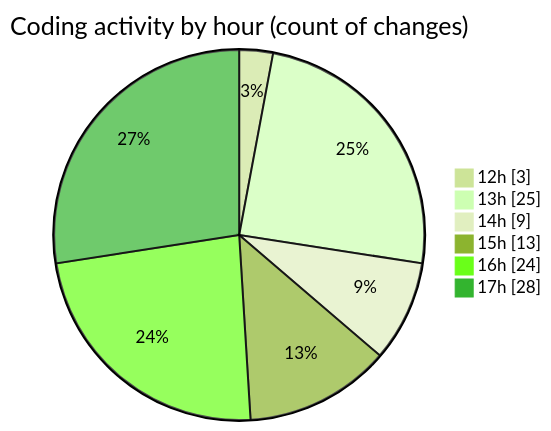
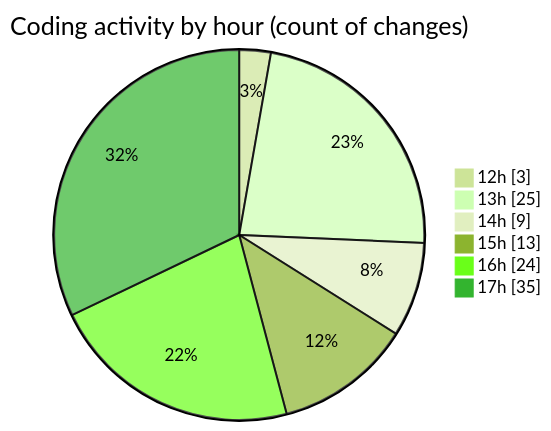
Before and after one commit to nxtqubesakshisongat/code-tracking: the second of 2 diagrams in 2025-09-26/nxtqube_webapp/README.md, drawn with Mermaid (forest theme). The commit also changed other lines of this file and 1 other file, not shown here.

````diff
--- a/2025-09-26/nxtqube_webapp/README.md
+++ b/2025-09-26/nxtqube_webapp/README.md
@@ -36,10 +36,10 @@
 ```mermaid
 pie showData
 title Coding activity by hour (count of changes)
 "12h" : 3
 "13h" : 25
 "14h" : 9
 "15h" : 13
 "16h" : 24
-"17h" : 28
+"17h" : 35
 ```
````
